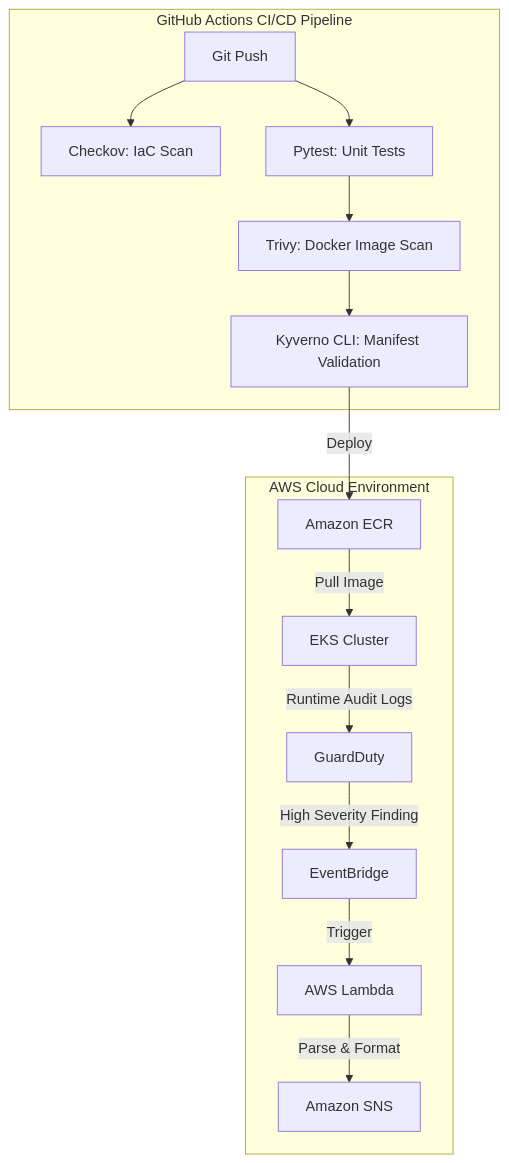
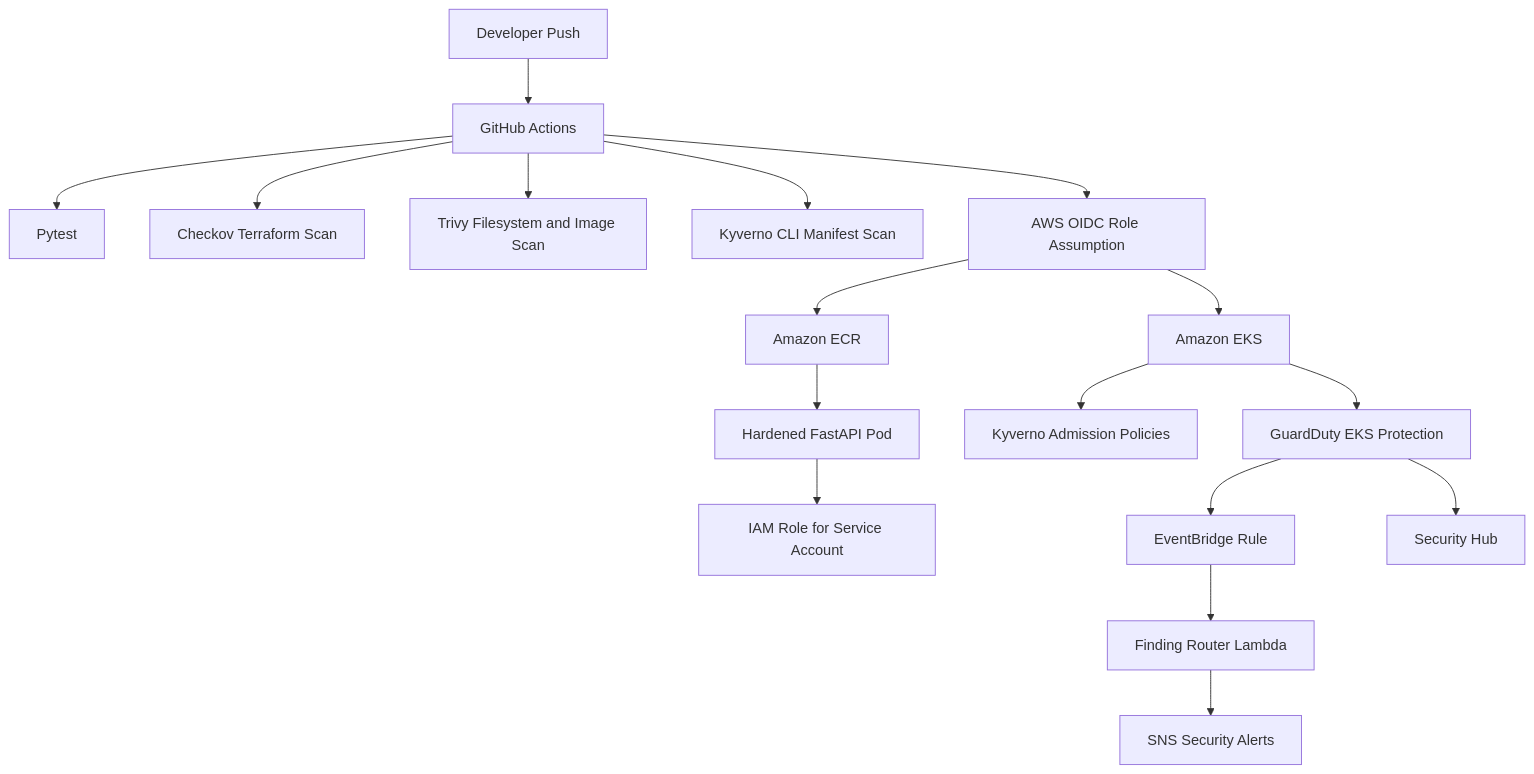
The diagram in README.md (MrRedhu/aws-eks-secure-delivery-detection-lab), drawn with Mermaid before and after one commit. The commit also changed other lines of this file and 25 other files, not shown here.

````diff
--- a/README.md
+++ b/README.md
@@ -27,25 +40,22 @@
 ```mermaid
 flowchart TD
-    subgraph CI/CD [GitHub Actions CI/CD Pipeline]
-        A[Git Push] --> B[Checkov: IaC Scan]
-        A --> C[Pytest: Unit Tests]
-        C --> D[Trivy: Docker Image Scan]
-        D --> E[Kyverno CLI: Manifest Validation]
-    end
+    Dev[Developer Push] --> GH[GitHub Actions]
+    GH --> Tests[Pytest]
+    GH --> IaC[Checkov Terraform Scan]
+    GH --> ImageScan[Trivy Filesystem and Image Scan]
+    GH --> PolicyScan[Kyverno CLI Manifest Scan]
 
-    subgraph AWS [AWS Cloud Environment]
-        F[Amazon ECR]
-        G[EKS Cluster]
-        H[GuardDuty]
-        I[EventBridge]
-        J[AWS Lambda]
-        K[Amazon SNS]
-    end
+    GH --> OIDC[AWS OIDC Role Assumption]
+    OIDC --> ECR[Amazon ECR]
+    OIDC --> EKS[Amazon EKS]
 
-    E -- Deploy --> F
-    F -- Pull Image --> G
-    G -- Runtime Audit Logs --> H
-    H -- High Severity Finding --> I
-    I -- Trigger --> J
-    J -- Parse & Format --> K
+    ECR --> Pod[Hardened FastAPI Pod]
+    EKS --> Kyverno[Kyverno Admission Policies]
+    Pod --> IRSA[IAM Role for Service Account]
+
+    EKS --> GuardDuty[GuardDuty EKS Protection]
+    GuardDuty --> EventBridge[EventBridge Rule]
+    EventBridge --> Lambda[Finding Router Lambda]
+    Lambda --> SNS[SNS Security Alerts]
+    GuardDuty --> SecurityHub[Security Hub]
 ```
````
